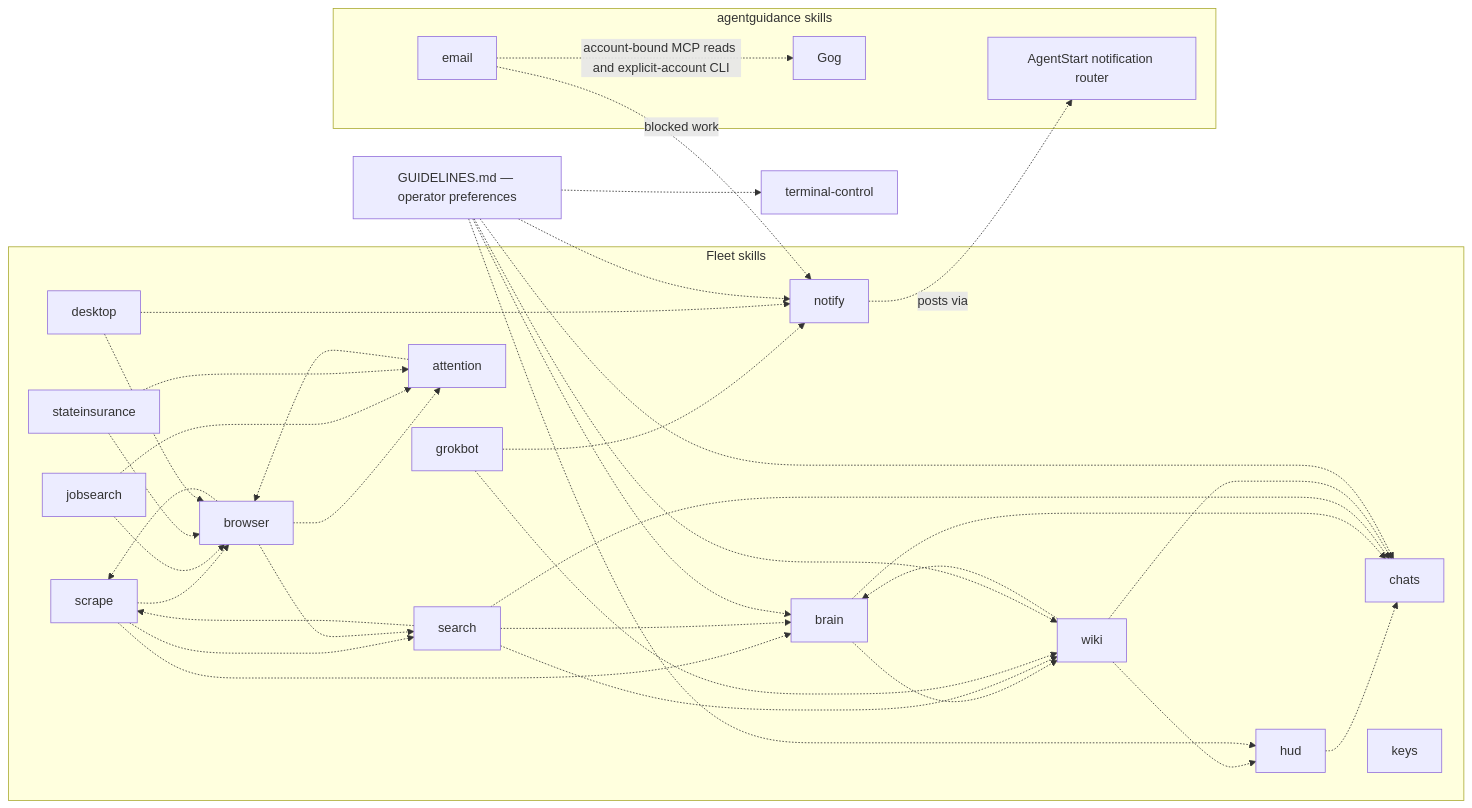
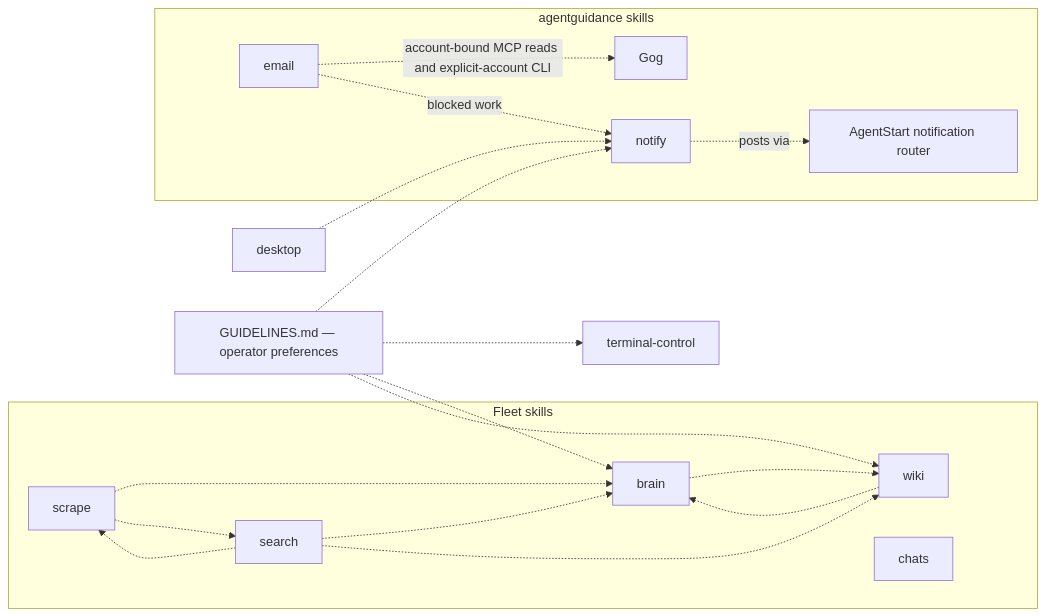
Before and after one commit to possibilities/agentstart: the third of 3 diagrams in skills/fleet/MAP.md, drawn with Mermaid. The commit also changed other lines of this file and 34 other files, not shown here.

````diff
--- a/skills/fleet/MAP.md
+++ b/skills/fleet/MAP.md
@@ -135,28 +114,20 @@
 ```mermaid
 flowchart LR
     subgraph fleetSkills [Fleet skills]
-        hud -.-> chats
-        brain -.-> chats & wiki
-        scrape -.-> brain & browser & search
-        search -.-> brain & chats & scrape & wiki
-        browser -.-> attention & scrape & search
-        attention -.-> browser
-        jobsearch -.-> attention & browser
-        stateinsurance -.-> attention & browser
-        wiki -.-> hud & brain & chats
-        desktop -.-> browser
-        grokbot -.-> notify & wiki
+        brain -.-> wiki
+        scrape -.-> brain & search
+        search -.-> brain & scrape & wiki
+        wiki -.-> brain
         chats
-        keys
     end
 
     subgraph guidanceSkills [agentguidance skills]
         notify -.->|posts via| notifierCli[AgentStart notification router]
         email -.->|account-bound MCP reads and explicit-account CLI| gog[Gog]
         email -.->|blocked work| notify
     end
 
     desktop -.-> notify
 
-    guidelines[GUIDELINES.md — operator preferences] -.-> brain & chats & hud & notify & wiki & terminalControl[terminal-control]
+    guidelines[GUIDELINES.md — operator preferences] -.-> brain & notify & wiki & terminalControl[terminal-control]
 ```
````
